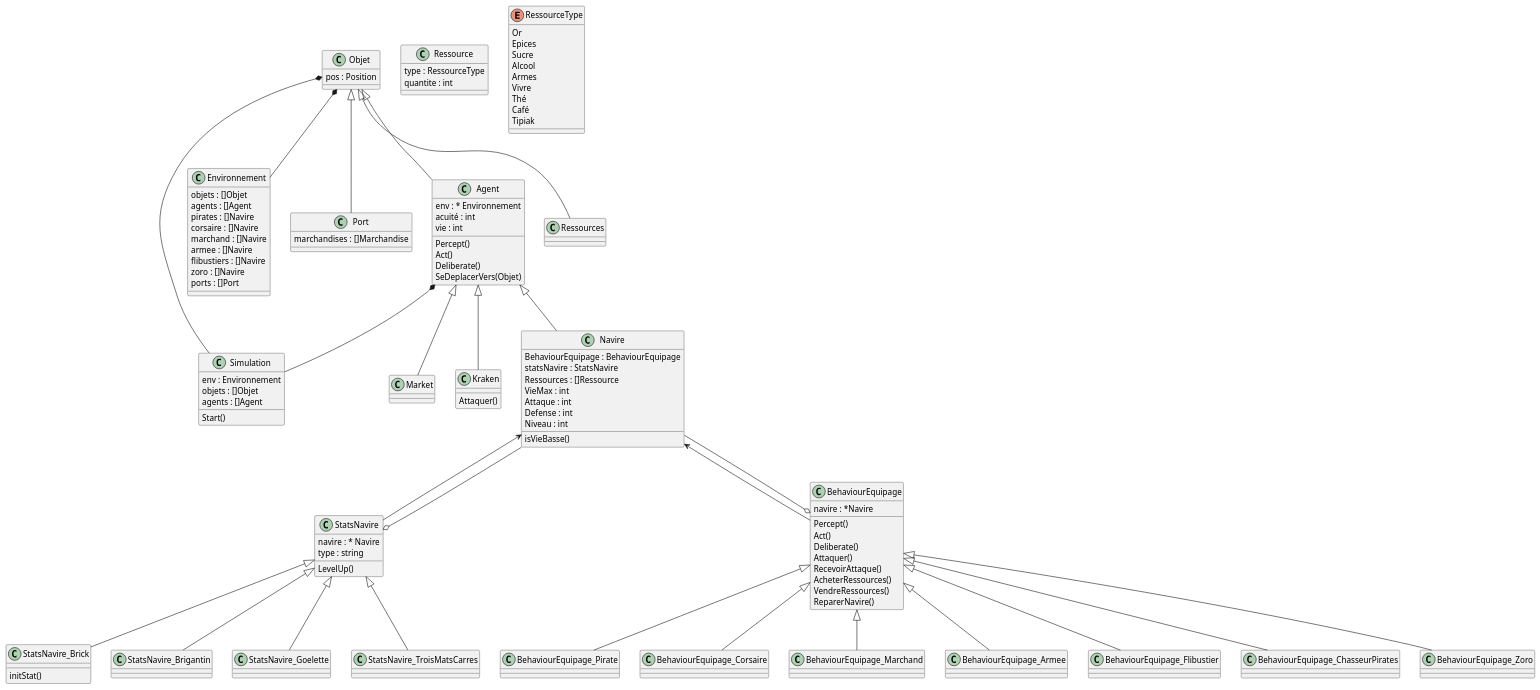
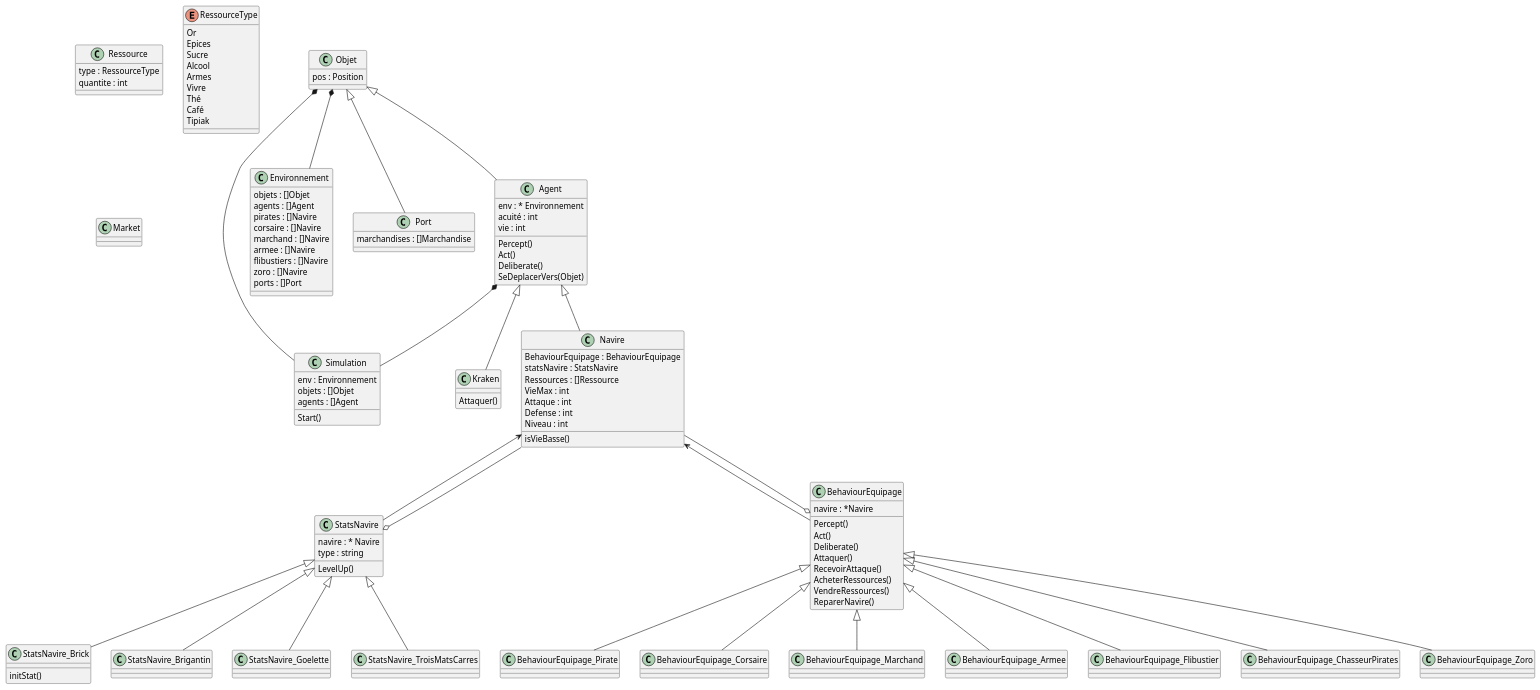
One commit to LLrnz/Pirate-NPC-Behavior-Simulation changed the diagram in simulationPirates.plantuml. Above: the diagram before and after it, drawn with PlantUML.

```diff
--- a/simulationPirates.plantuml
+++ b/simulationPirates.plantuml
@@ -1,169 +1,167 @@
 @startuml ^Simulation Pirates^
 
 class Simulation {
     env : Environnement
     objets : []Objet
     agents : []Agent
 
     Start()
 }
 
 class Environnement {
     objets : []Objet
     agents : []Agent
     pirates : []Navire
     corsaire : []Navire
     marchand : []Navire
     armee : []Navire
     flibustiers : []Navire
     zoro : []Navire
     ports : []Port
 }
 
 class Objet {
     pos : Position
 }
 
 class Port {
     marchandises : []Marchandise
 }
 
 class Ressource {
     type : RessourceType
     quantite : int
 }
 
 enum RessourceType {
     Or
     Epices
     Sucre
     Alcool
     Armes
     Vivre
     Thé
     Café
     Tipiak
 }
 
 class Market {
     
 }
 
 class Agent {
     env : * Environnement
     acuité : int
     vie : int
 
     Percept()
     Act()
     Deliberate()
     SeDeplacerVers(Objet)
 }
 
 
 class Kraken {
     
     Attaquer()
 }
 
 class Navire {
     BehaviourEquipage : BehaviourEquipage
     statsNavire : StatsNavire
     Ressources : []Ressource
     VieMax : int
     Attaque : int
     Defense : int
     Niveau : int
 
     isVieBasse()
 }
 
 class StatsNavire {
     navire : * Navire
     type : string
 
     LevelUp()
 }
 
 class StatsNavire_Brick {
     initStat()
 }
 
 class StatsNavire_Brigantin {
 }
 
 class StatsNavire_Goelette {
 }
 
 class StatsNavire_TroisMatsCarres {
 }
 
 class BehaviourEquipage {
     navire : *Navire
 
     Percept()
     Act()
     Deliberate()
     Attaquer()
     RecevoirAttaque()
     AcheterRessources()
     VendreRessources()
     ReparerNavire()
 }
 
 class BehaviourEquipage_Pirate {
 }
 
 class BehaviourEquipage_Corsaire {
 }
 
 class BehaviourEquipage_Marchand {
 }
 
 class BehaviourEquipage_Armee {
 }
 
 class BehaviourEquipage_Flibustier {
 }
 
 class BehaviourEquipage_ChasseurPirates {
 }
 
 class BehaviourEquipage_Zoro {
 }
 
 
 
 
 
 
 Objet *-- Simulation
 Objet *-- Environnement
 Objet <|-- Agent
 Objet <|-- Port
-Objet <|-- Ressources
 
 Agent *-- Simulation
 Agent <|-- Kraken
 Agent <|-- Navire
-Agent <|-- Market
 
 Navire <-- BehaviourEquipage
 Navire <-- StatsNavire
 
 BehaviourEquipage o-- Navire
 BehaviourEquipage <|--  BehaviourEquipage_Armee
 BehaviourEquipage <|--  BehaviourEquipage_ChasseurPirates
 BehaviourEquipage <|--  BehaviourEquipage_Corsaire
 BehaviourEquipage <|--  BehaviourEquipage_Flibustier
 BehaviourEquipage <|--  BehaviourEquipage_Marchand
 BehaviourEquipage <|--  BehaviourEquipage_Pirate
 BehaviourEquipage <|--  BehaviourEquipage_Zoro
 
 StatsNavire o-- Navire
 StatsNavire <|-- StatsNavire_Brick
 StatsNavire <|-- StatsNavire_Brigantin
 StatsNavire <|-- StatsNavire_Goelette
 StatsNavire <|-- StatsNavire_TroisMatsCarres
 
 @enduml
```
